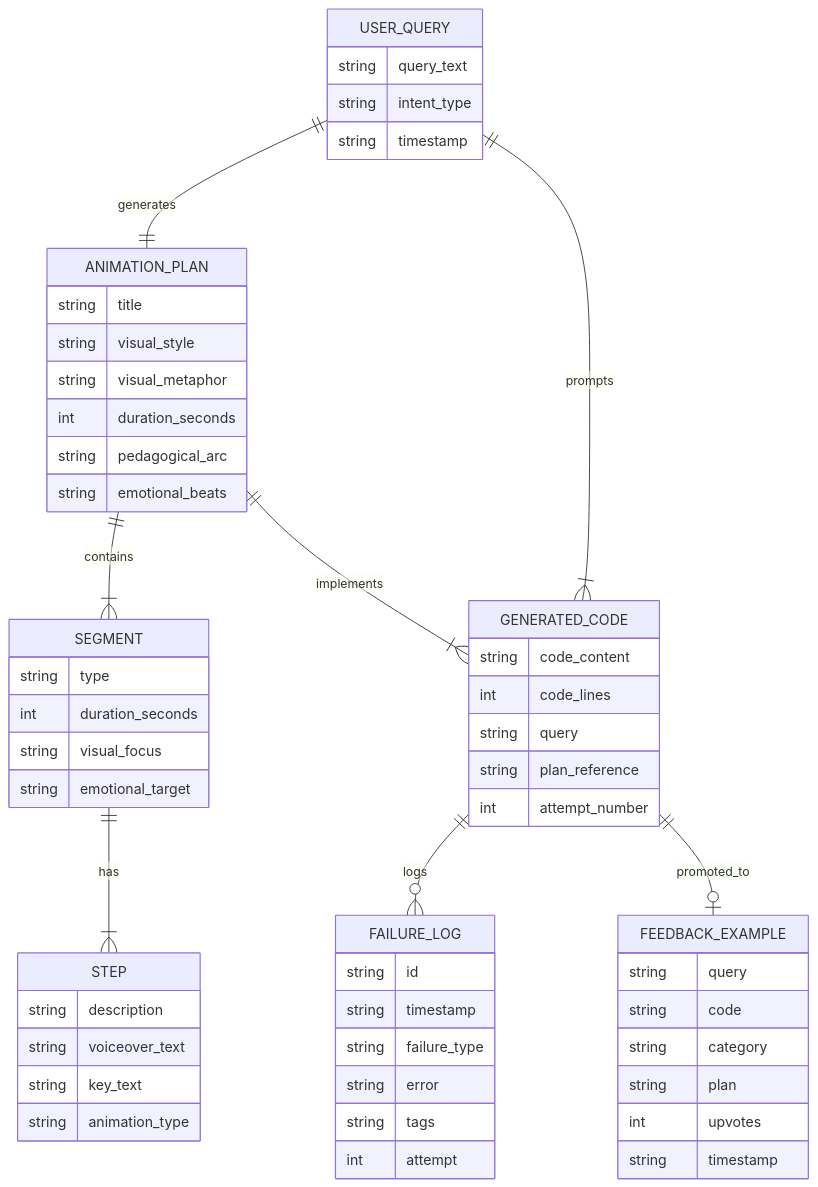
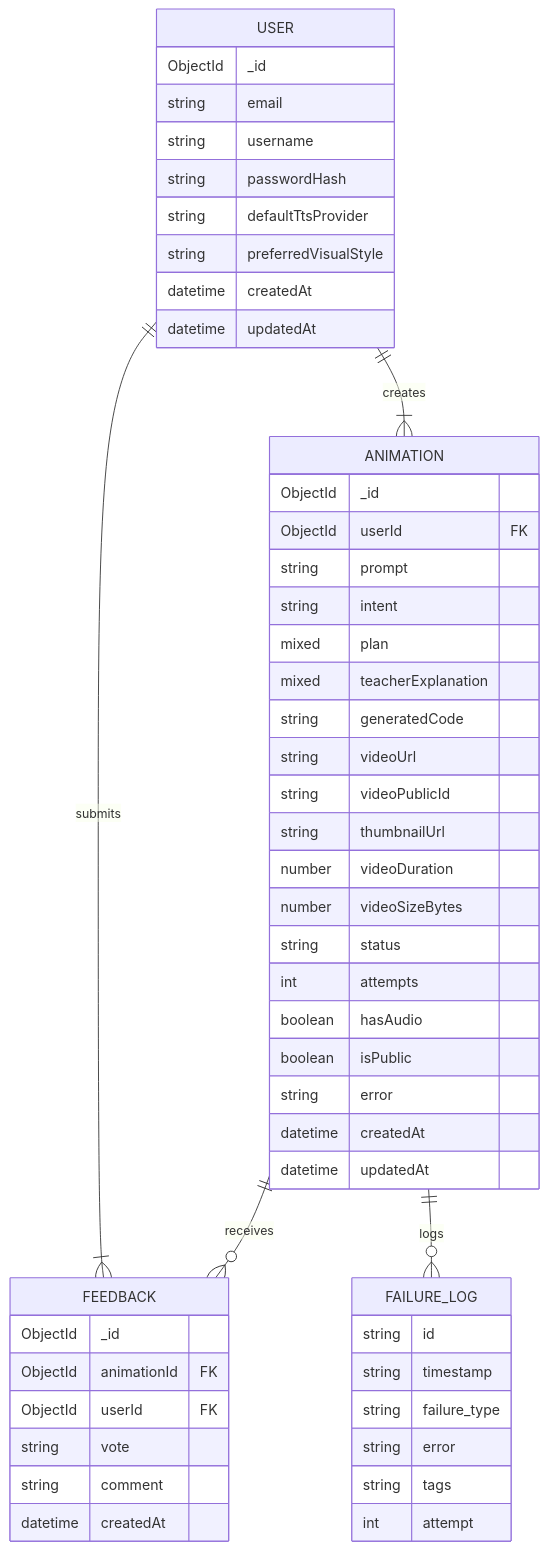
Before and after one commit to Manish-Sharma26/AnimAi: the sixth of 11 diagrams in PROJECT_REPORT.md, drawn with Mermaid. The commit also changed other lines of this file and 17 other files, not shown here.

````diff
--- a/PROJECT_REPORT.md
+++ b/PROJECT_REPORT.md
@@ -749,59 +913,55 @@
 ```mermaid
 erDiagram
-    USER_QUERY {
-        string query_text
-        string intent_type
-        string timestamp
+    USER {
+        ObjectId _id
+        string email
+        string username
+        string passwordHash
+        string defaultTtsProvider
+        string preferredVisualStyle
+        datetime createdAt
+        datetime updatedAt
     }
-    ANIMATION_PLAN {
-        string title
-        string visual_style
-        string visual_metaphor
-        int duration_seconds
-        string pedagogical_arc
-        string emotional_beats
+    ANIMATION {
+        ObjectId _id
+        ObjectId userId FK
+        string prompt
+        string intent
+        mixed plan
+        mixed teacherExplanation
+        string generatedCode
+        string videoUrl
+        string videoPublicId
+        string thumbnailUrl
+        number videoDuration
+        number videoSizeBytes
+        string status
+        int attempts
+        boolean hasAudio
+        boolean isPublic
+        string error
+        datetime createdAt
+        datetime updatedAt
     }
-    SEGMENT {
-        string type
-        int duration_seconds
-        string visual_focus
-        string emotional_target
-    }
-    STEP {
-        string description
-        string voiceover_text
-        string key_text
-        string animation_type
-    }
-    GENERATED_CODE {
-        string code_content
-        int code_lines
-        string query
-        string plan_reference
-        int attempt_number
+    FEEDBACK {
+        ObjectId _id
+        ObjectId animationId FK
+        ObjectId userId FK
+        string vote
+        string comment
+        datetime createdAt
     }
     FAILURE_LOG {
         string id
         string timestamp
         string failure_type
         string error
         string tags
         int attempt
     }
-    FEEDBACK_EXAMPLE {
-        string query
-        string code
-        string category
-        string plan
-        int upvotes
-        string timestamp
-    }
 
-    USER_QUERY ||--|| ANIMATION_PLAN : generates
-    ANIMATION_PLAN ||--|{ SEGMENT : contains
-    SEGMENT ||--|{ STEP : has
-    USER_QUERY ||--|{ GENERATED_CODE : prompts
-    ANIMATION_PLAN ||--|{ GENERATED_CODE : implements
-    GENERATED_CODE ||--o{ FAILURE_LOG : logs
-    GENERATED_CODE ||--o| FEEDBACK_EXAMPLE : promoted_to
+    USER ||--|{ ANIMATION : creates
+    USER ||--|{ FEEDBACK : submits
+    ANIMATION ||--o{ FEEDBACK : receives
+    ANIMATION ||--o{ FAILURE_LOG : logs
 ```
````
